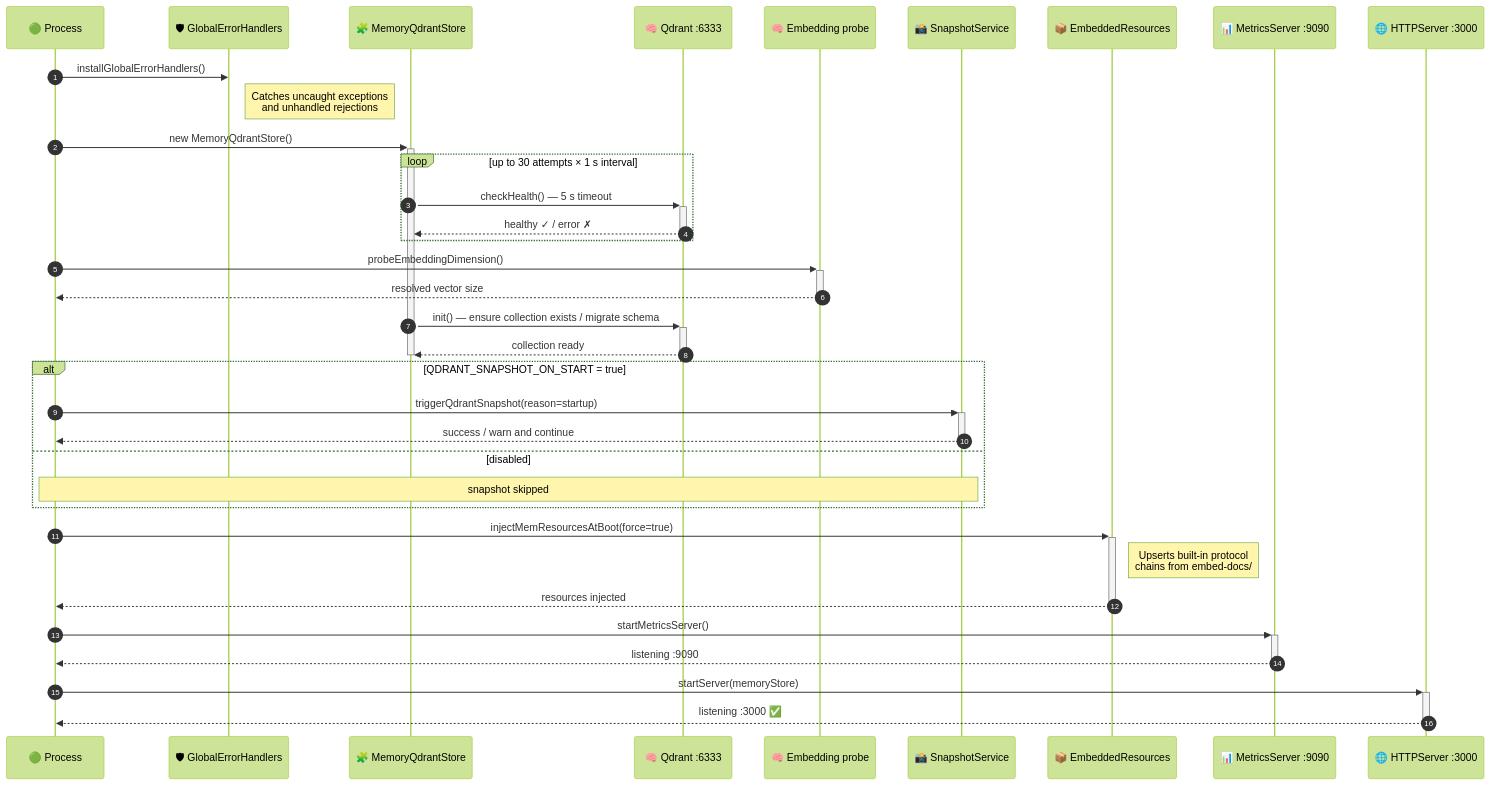
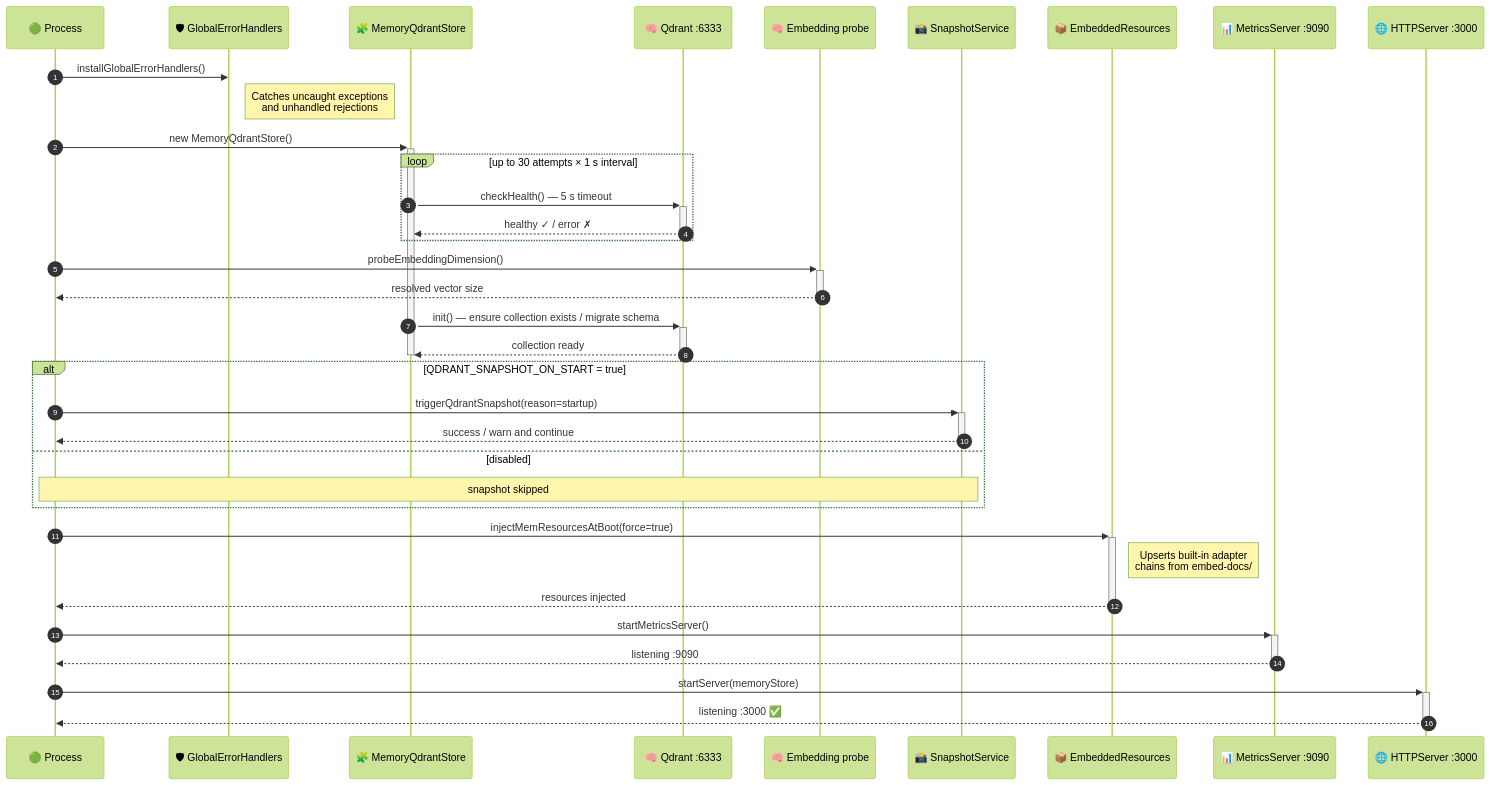
The second of 5 diagrams in docs/architecture/infrastructure.md (debian777/kairos-mcp), drawn with Mermaid (forest theme) before and after one commit. The commit also changed other lines of this file and 74 other files, not shown here.

````diff
--- a/docs/architecture/infrastructure.md
+++ b/docs/architecture/infrastructure.md
@@ -117,47 +117,47 @@
 ```mermaid
 sequenceDiagram
     autonumber
     participant PROC  as 🟢 Process
     participant GEH   as 🛡 GlobalErrorHandlers
     participant MEM   as 🧩 MemoryQdrantStore
     participant QD    as 🧠 Qdrant :6333
     participant EMB   as 🧠 Embedding probe
     participant SNAP  as 📸 SnapshotService
     participant RES   as 📦 EmbeddedResources
     participant MT    as 📊 MetricsServer :9090
     participant HTTP  as 🌐 HTTPServer :3000
 
     PROC->>GEH: installGlobalErrorHandlers()
     Note right of GEH: Catches uncaught exceptions<br/>and unhandled rejections
 
     PROC->>+MEM: new MemoryQdrantStore()
 
     loop up to 30 attempts × 1 s interval
         MEM->>+QD: checkHealth() — 5 s timeout
         QD-->>-MEM: healthy ✓ / error ✗
     end
 
     PROC->>+EMB: probeEmbeddingDimension()
     EMB-->>-PROC: resolved vector size
 
     MEM->>+QD: init() — ensure collection exists / migrate schema
     QD-->>-MEM: collection ready
     deactivate MEM
 
     alt QDRANT_SNAPSHOT_ON_START = true
         PROC->>+SNAP: triggerQdrantSnapshot(reason=startup)
         SNAP-->>-PROC: success / warn and continue
     else disabled
         Note over PROC,SNAP: snapshot skipped
     end
 
     PROC->>+RES: injectMemResourcesAtBoot(force=true)
-    Note right of RES: Upserts built-in protocol<br/>chains from embed-docs/
+    Note right of RES: Upserts built-in adapter<br/>chains from embed-docs/
     RES-->>-PROC: resources injected
 
     PROC->>+MT: startMetricsServer()
     MT-->>-PROC: listening :9090
 
     PROC->>+HTTP: startServer(memoryStore)
     HTTP-->>-PROC: listening :3000 ✅
 ```
````
